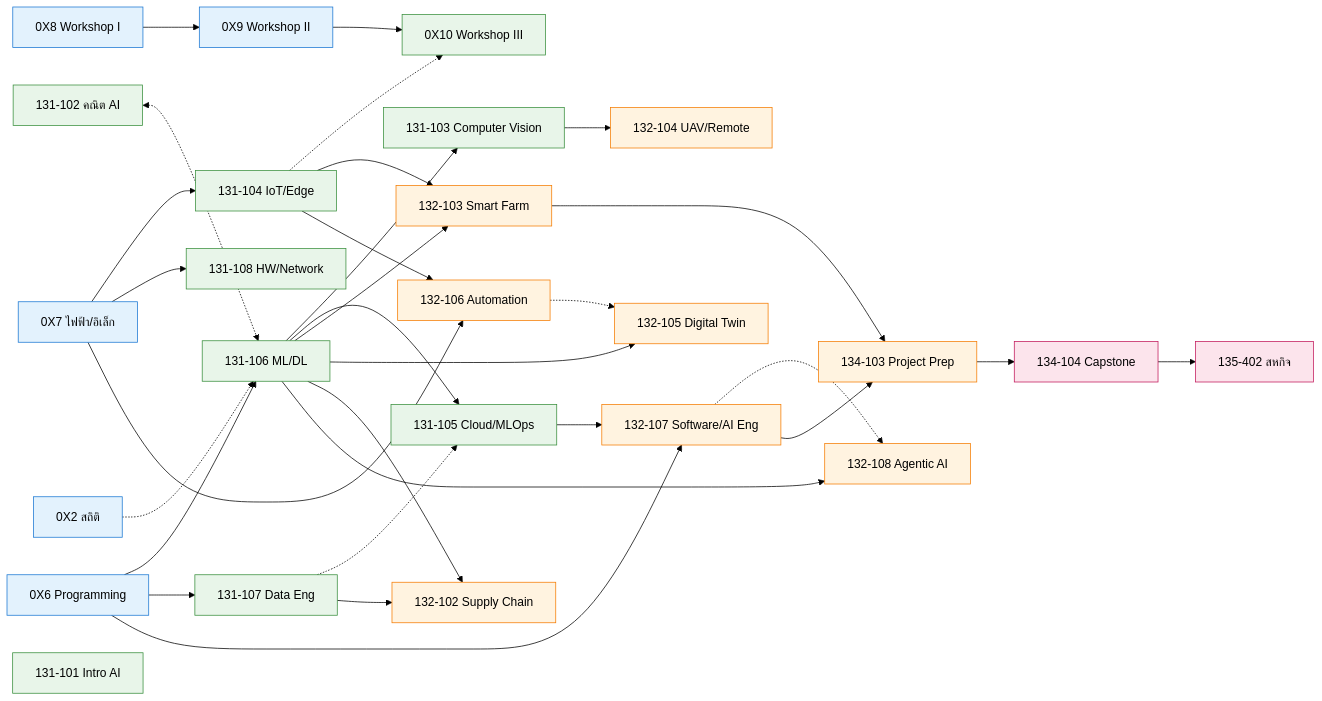
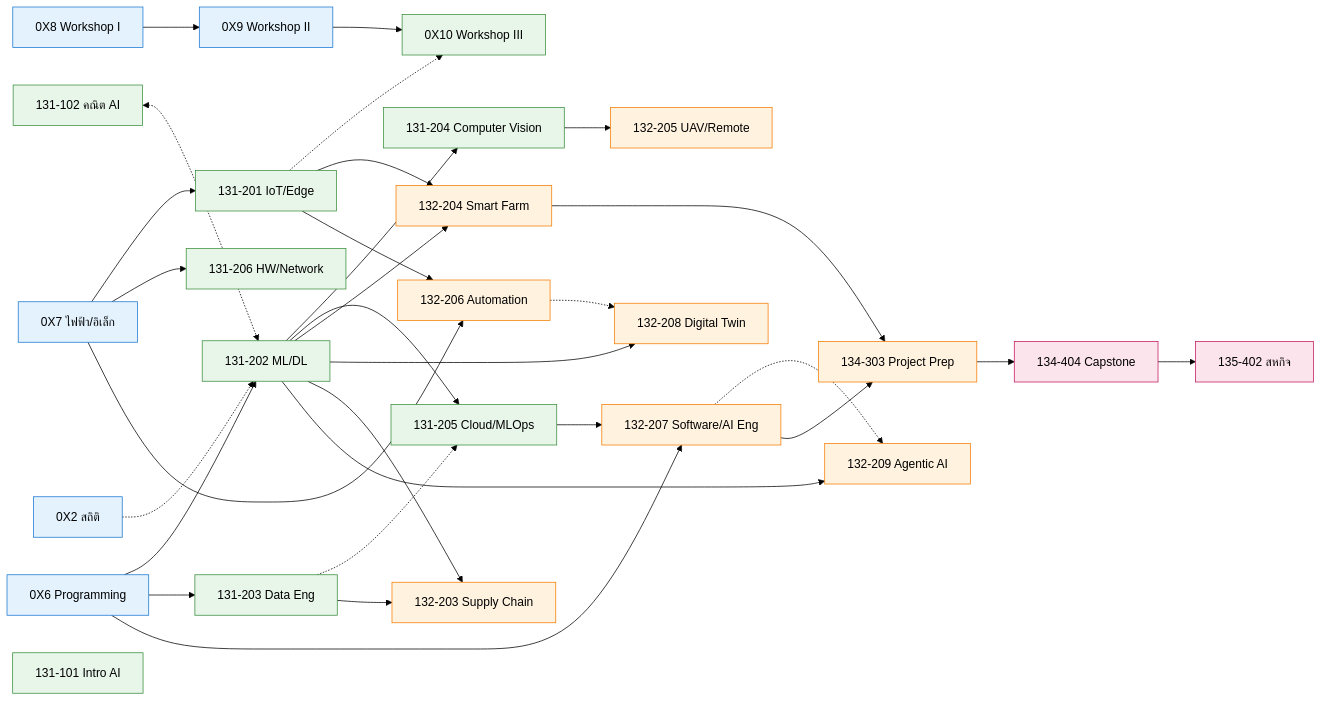
One commit to babankbro/KSU-AI-EN changed the diagram in Labor_Growth_Report_Vault/03_OBE_PLO_Design_2570/08_Study_Plan_and_Dependencies.md. Above: the diagram before and after it, drawn with Mermaid (forest theme). The commit also changed other lines of this file and 41 other files, not shown here.

````diff
--- a/Labor_Growth_Report_Vault/03_OBE_PLO_Design_2570/08_Study_Plan_and_Dependencies.md
+++ b/Labor_Growth_Report_Vault/03_OBE_PLO_Design_2570/08_Study_Plan_and_Dependencies.md
@@ -21,65 +21,65 @@
 ```mermaid
 flowchart LR
   classDef y1 fill:#e3f2fd,stroke:#1976d2
   classDef y2 fill:#e8f5e9,stroke:#388e3c
   classDef y3 fill:#fff3e0,stroke:#f57c00
   classDef y4 fill:#fce4ec,stroke:#c2185b
 
   PROG["0X6 Programming"]:::y1
   ELEC["0X7 ไฟฟ้า/อิเล็ก"]:::y1
   STAT["0X2 สถิติ"]:::y1
   W1["0X8 Workshop I"]:::y1
   W2["0X9 Workshop II"]:::y1
 
   MATH["131-102 คณิต AI"]:::y2
   INTRO["131-101 Intro AI"]:::y2
-  ML["131-106 ML/DL"]:::y2
-  DATA["131-107 Data Eng"]:::y2
-  CV["131-103 Computer Vision"]:::y2
-  IOT["131-104 IoT/Edge"]:::y2
-  CLOUD["131-105 Cloud/MLOps"]:::y2
-  HW["131-108 HW/Network"]:::y2
+  ML["131-202 ML/DL"]:::y2
+  DATA["131-203 Data Eng"]:::y2
+  CV["131-204 Computer Vision"]:::y2
+  IOT["131-201 IoT/Edge"]:::y2
+  CLOUD["131-205 Cloud/MLOps"]:::y2
+  HW["131-206 HW/Network"]:::y2
   W3["0X10 Workshop III"]:::y2
 
-  AUTO["132-106 Automation"]:::y3
-  FARM["132-103 Smart Farm"]:::y3
-  SW["132-107 Software/AI Eng"]:::y3
-  TWIN["132-105 Digital Twin"]:::y3
-  UAV["132-104 UAV/Remote"]:::y3
-  SUP["132-102 Supply Chain"]:::y3
-  AGENT["132-108 Agentic AI"]:::y3
+  AUTO["132-206 Automation"]:::y3
+  FARM["132-204 Smart Farm"]:::y3
+  SW["132-207 Software/AI Eng"]:::y3
+  TWIN["132-208 Digital Twin"]:::y3
+  UAV["132-205 UAV/Remote"]:::y3
+  SUP["132-203 Supply Chain"]:::y3
+  AGENT["132-209 Agentic AI"]:::y3
 
-  PREP["134-103 Project Prep"]:::y3
-  CAP["134-104 Capstone"]:::y4
+  PREP["134-303 Project Prep"]:::y3
+  CAP["134-404 Capstone"]:::y4
   COOP["135-402 สหกิจ"]:::y4
 
   PROG --> ML
   MATH <-.-> ML
   STAT -.-> ML
   PROG --> DATA
   ML --> CV
   ML --> CLOUD
   DATA -.-> CLOUD
   ELEC --> IOT
   ELEC --> HW
   W1 --> W2 --> W3
   IOT -.-> W3
 
   ML --> FARM
   IOT --> FARM
   ELEC --> AUTO
   IOT --> AUTO
   PROG --> SW
   CLOUD --> SW
   ML --> TWIN
   AUTO -.-> TWIN
   CV --> UAV
   DATA --> SUP
   ML --> SUP
   ML --> AGENT
   SW -.-> AGENT
 
   FARM --> PREP
   SW --> PREP
   PREP --> CAP --> COOP
 ```
````
